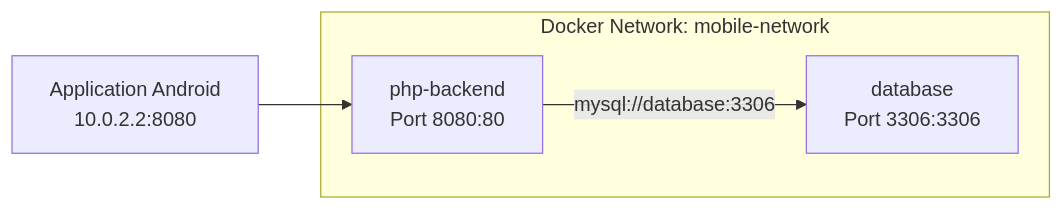
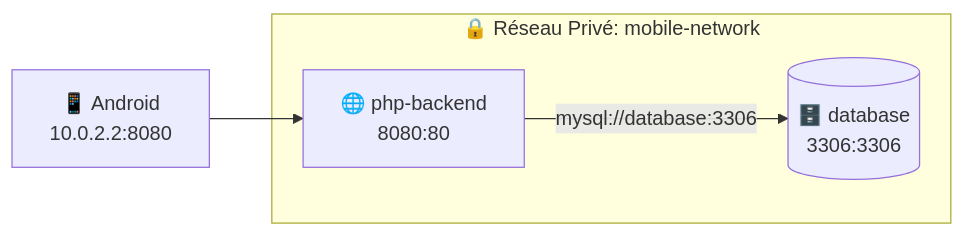
One commit to bmo1177/TPDevOps_Dev_apps_mobile changed the second of 4 diagrams in README.md. Above: the diagram before and after it, drawn with Mermaid. The commit also changed other lines of this file, not shown here.

````diff
--- a/README.md
+++ b/README.md
@@ -311,7 +386,7 @@
 ```mermaid
 graph LR
-    subgraph "Docker Network: mobile-network"
-        A[php-backend<br/>Port 8080:80] -->|mysql://database:3306| B[database<br/>Port 3306:3306]
+    subgraph "🔒 Réseau Privé: mobile-network"
+        A[🌐 php-backend<br/>8080:80] -->|mysql://database:3306| B[(🗄️ database<br/>3306:3306)]
     end
-    C[Application Android<br/>10.0.2.2:8080] --> A
+    C[📱 Android<br/>10.0.2.2:8080] --> A
 ```
````
